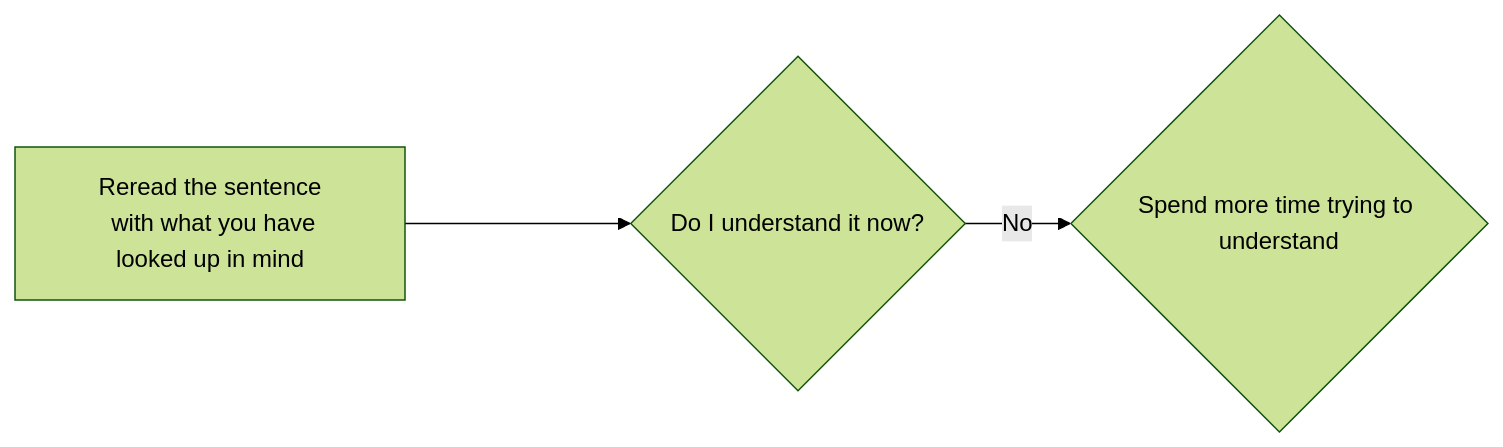
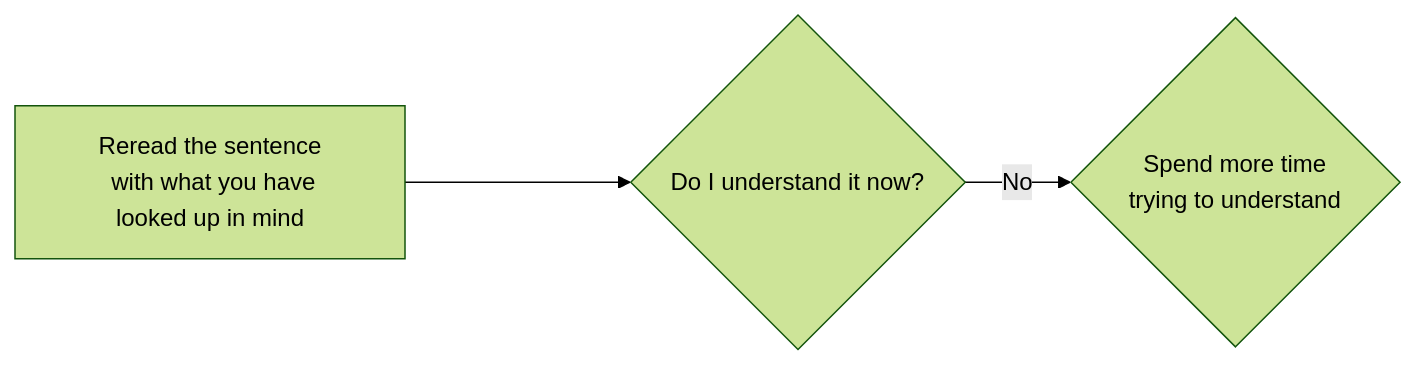
The diagram in docs/Mining/step 6 spending more time.md (Timm04/immersion-guide), drawn with Mermaid (forest theme) before and after one commit. The commit also changed 3 other files, not shown here.

Commit message:
grammar in step 7 flowchart

````diff
--- a/docs/Mining/step 6 spending more time.md
+++ b/docs/Mining/step 6 spending more time.md
@@ -13,5 +13,6 @@
 ``` mermaid
 graph LR
   D[Reread the sentence
-  with what you have looked up in mind] ----> E{Do I understand it now?} -->|No| F{Spend more time trying to understand}
+  with what you have looked up in mind] ----> E{Do I understand it now?} -->|No| F{Spend more time 
+  trying to understand}
 ```
````
